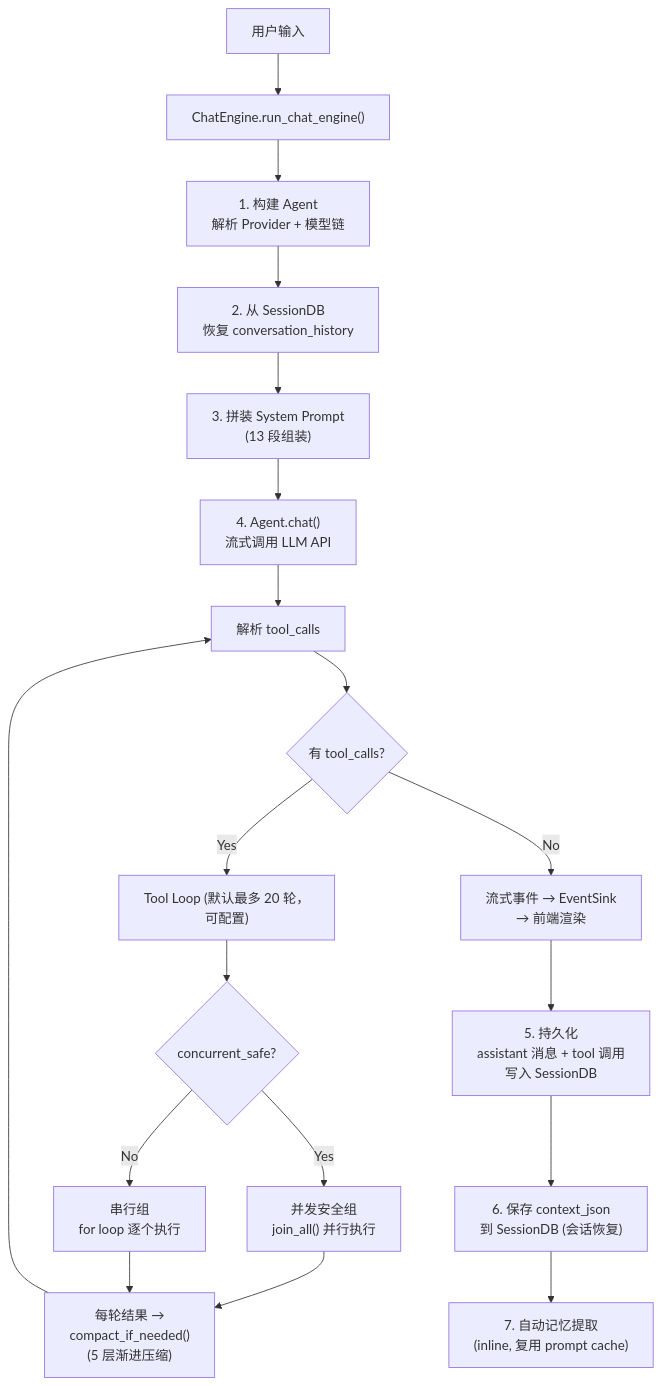
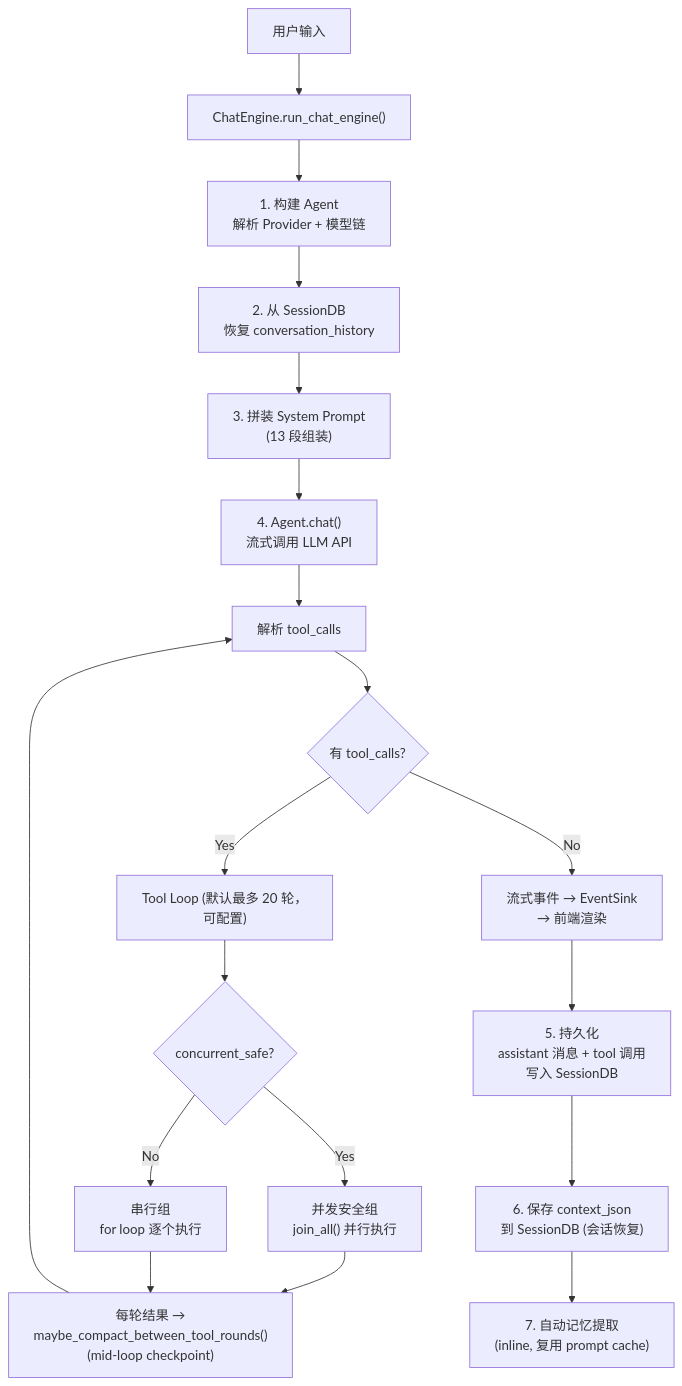
One commit to zhukai9527/hope-agent changed the second of 4 diagrams in docs/architecture/overview.md. Above: the diagram before and after it, drawn with Mermaid. The commit also changed other lines of this file and 11 other files, not shown here.

Commit message:
docs: refresh context compaction architecture

````diff
--- a/docs/architecture/overview.md
+++ b/docs/architecture/overview.md
@@ -86,24 +86,24 @@
 ```mermaid
 flowchart TD
     A["用户输入"] --> B["ChatEngine.run_chat_engine()"]
     B --> C["1. 构建 Agent<br/>解析 Provider + 模型链"]
     C --> D["2. 从 SessionDB<br/>恢复 conversation_history"]
     D --> E["3. 拼装 System Prompt<br/>(13 段组装)"]
     E --> F["4. Agent.chat()<br/>流式调用 LLM API"]
 
     F --> G["解析 tool_calls"]
     G --> H{"有 tool_calls?"}
     H -- Yes --> I["Tool Loop (默认最多 20 轮，可配置)"]
     I --> J{"concurrent_safe?"}
     J -- Yes --> K["并发安全组<br/>join_all() 并行执行"]
     J -- No --> L["串行组<br/>for loop 逐个执行"]
-    K --> M["每轮结果 →<br/>compact_if_needed()<br/>(5 层渐进压缩)"]
+    K --> M["每轮结果 →<br/>maybe_compact_between_tool_rounds()<br/>(mid-loop checkpoint)"]
     L --> M
     M --> G
 
     H -- No --> N["流式事件 → EventSink<br/>→ 前端渲染"]
     N --> O["5. 持久化<br/>assistant 消息 + tool 调用<br/>写入 SessionDB"]
     O --> P["6. 保存 context_json<br/>到 SessionDB (会话恢复)"]
     P --> Q["7. 自动记忆提取<br/>(inline, 复用 prompt cache)"]
 
 ```
````
